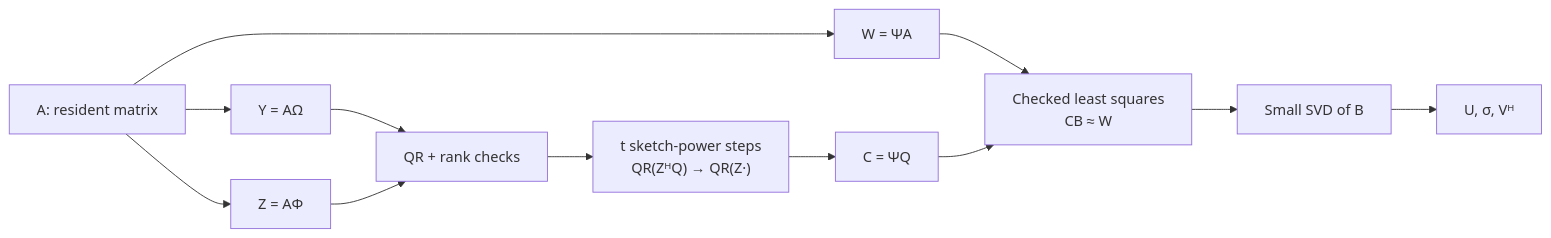
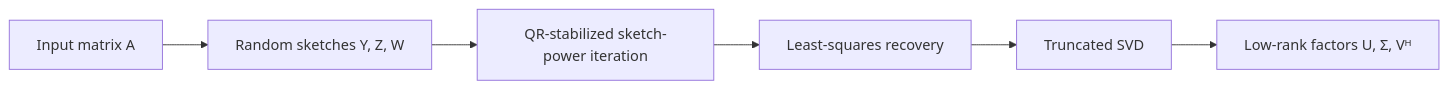
One commit to JohnnyZPiggy/TorchSketchPower changed the diagram in README.md. Above: the diagram before and after it, drawn with Mermaid. The commit also changed other lines of this file, not shown here.

````diff
--- a/README.md
+++ b/README.md
@@ -29,14 +66,8 @@
 ```mermaid
 flowchart LR
-    A["A: resident matrix"] --> Y["Y = AΩ"]
-    A --> Z["Z = AΦ"]
-    Y --> Q["QR + rank checks"]
-    Z --> Q
-    Q --> P["t sketch-power steps<br/>QR(ZᴴQ) → QR(Z·)"]
-    A --> W["W = ΨA"]
-    P --> C["C = ΨQ"]
-    W --> L["Checked least squares<br/>CB ≈ W"]
-    C --> L
-    L --> S["Small SVD of B"]
-    S --> O["U, σ, Vᴴ"]
+    A["Input matrix A"] --> S["Random sketches Y, Z, W"]
+    S --> Q["QR-stabilized sketch-power iteration"]
+    Q --> L["Least-squares recovery"]
+    L --> V["Truncated SVD"]
+    V --> O["Low-rank factors U, Σ, Vᴴ"]
 ```
````
